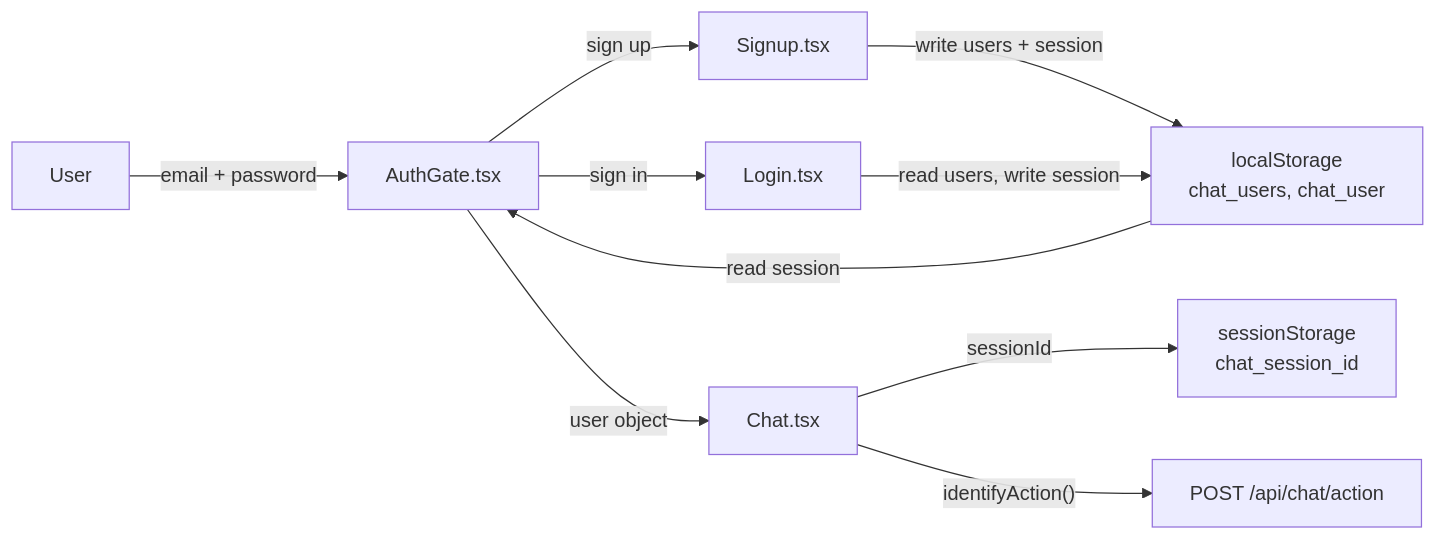
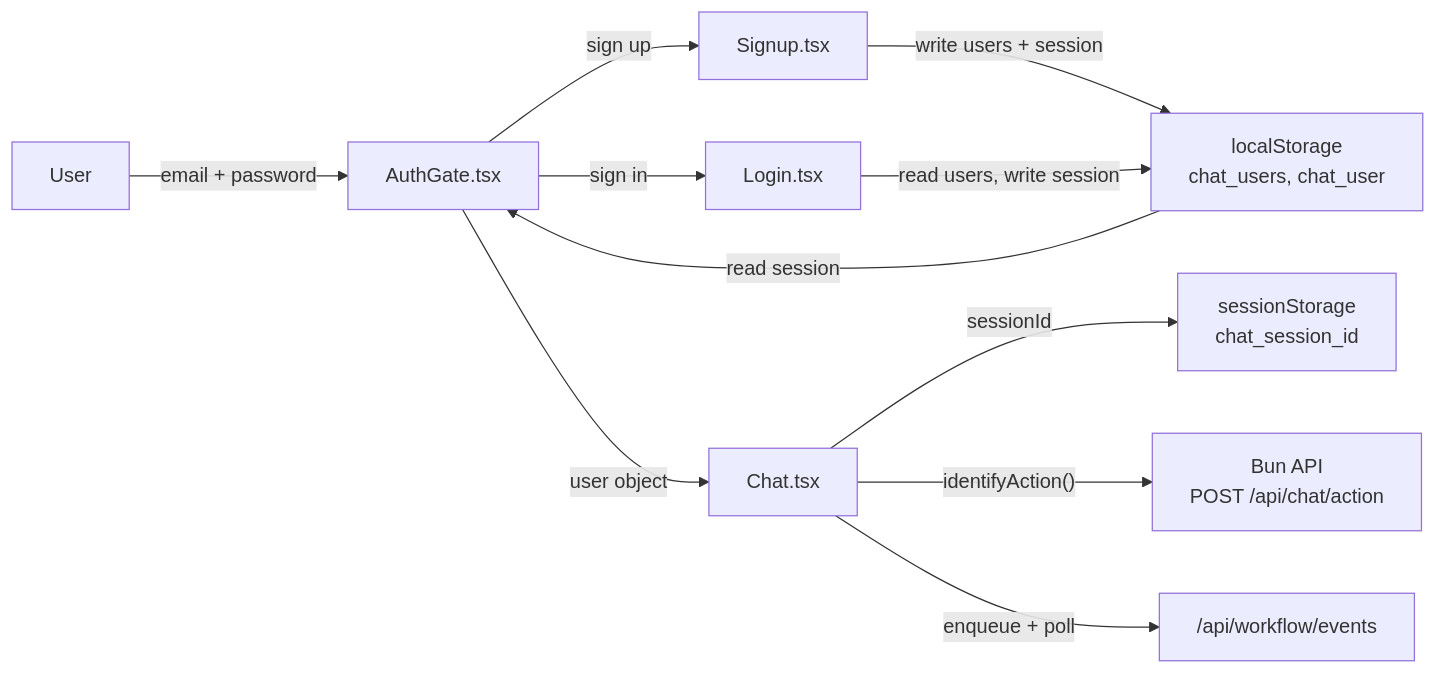
One commit to ranjitd-sys/Workflow changed the ninth of 10 diagrams in docs/SYSTEM_DIAGRAM.md. Above: the diagram before and after it, drawn with Mermaid. The commit also changed other lines of this file and 48 other files, not shown here.

````diff
--- a/docs/SYSTEM_DIAGRAM.md
+++ b/docs/SYSTEM_DIAGRAM.md
@@ -346,12 +421,13 @@
 ```mermaid
 flowchart LR
   User["User"] -->|"email + password"| AuthGate["AuthGate.tsx"]
   AuthGate -->|"sign up"| Signup["Signup.tsx"]
   AuthGate -->|"sign in"| Login["Login.tsx"]
   Signup -->|"write users + session"| LocalStorage["localStorage<br/>chat_users, chat_user"]
   Login -->|"read users, write session"| LocalStorage
   LocalStorage -->|"read session"| AuthGate
   AuthGate -->|"user object"| Chat["Chat.tsx"]
   Chat -->|"sessionId"| SessionStorage["sessionStorage<br/>chat_session_id"]
-  Chat -->|"identifyAction()"| API["POST /api/chat/action"]
+  Chat -->|"identifyAction()"| API["Bun API<br/>POST /api/chat/action"]
+  Chat -->|"enqueue + poll"| WorkflowAPI["/api/workflow/events"]
 ```
````
